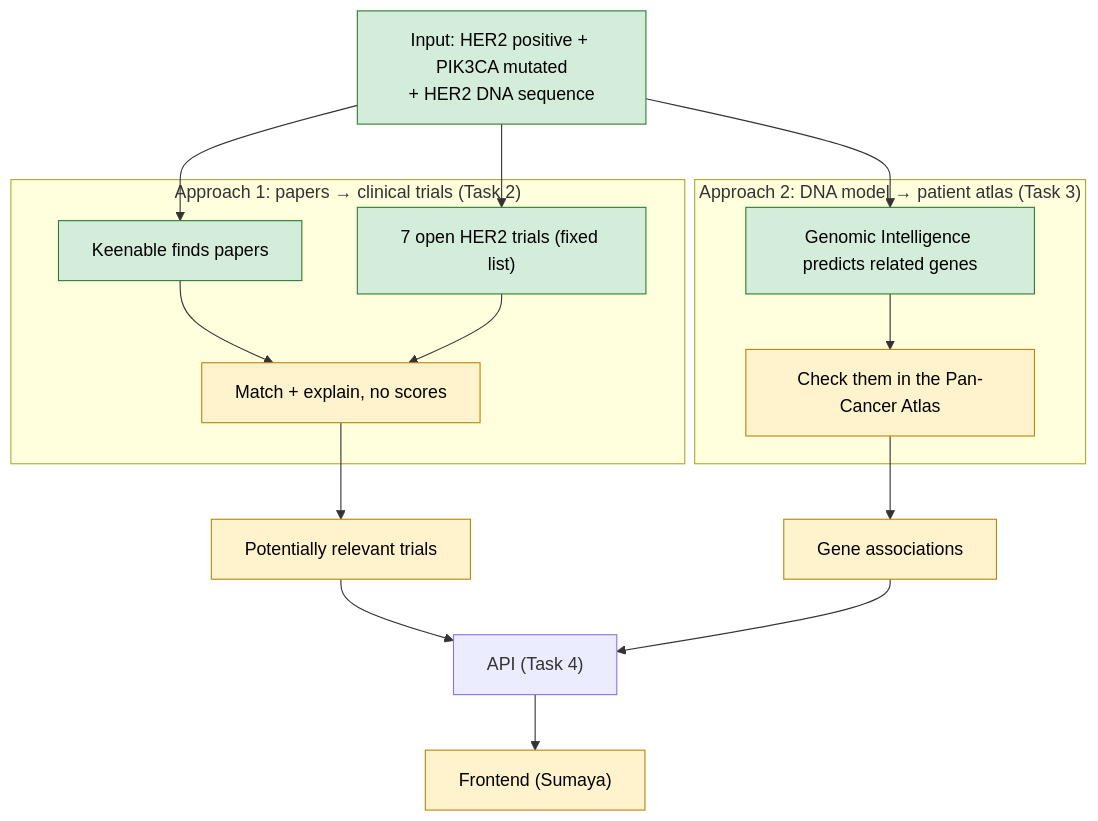
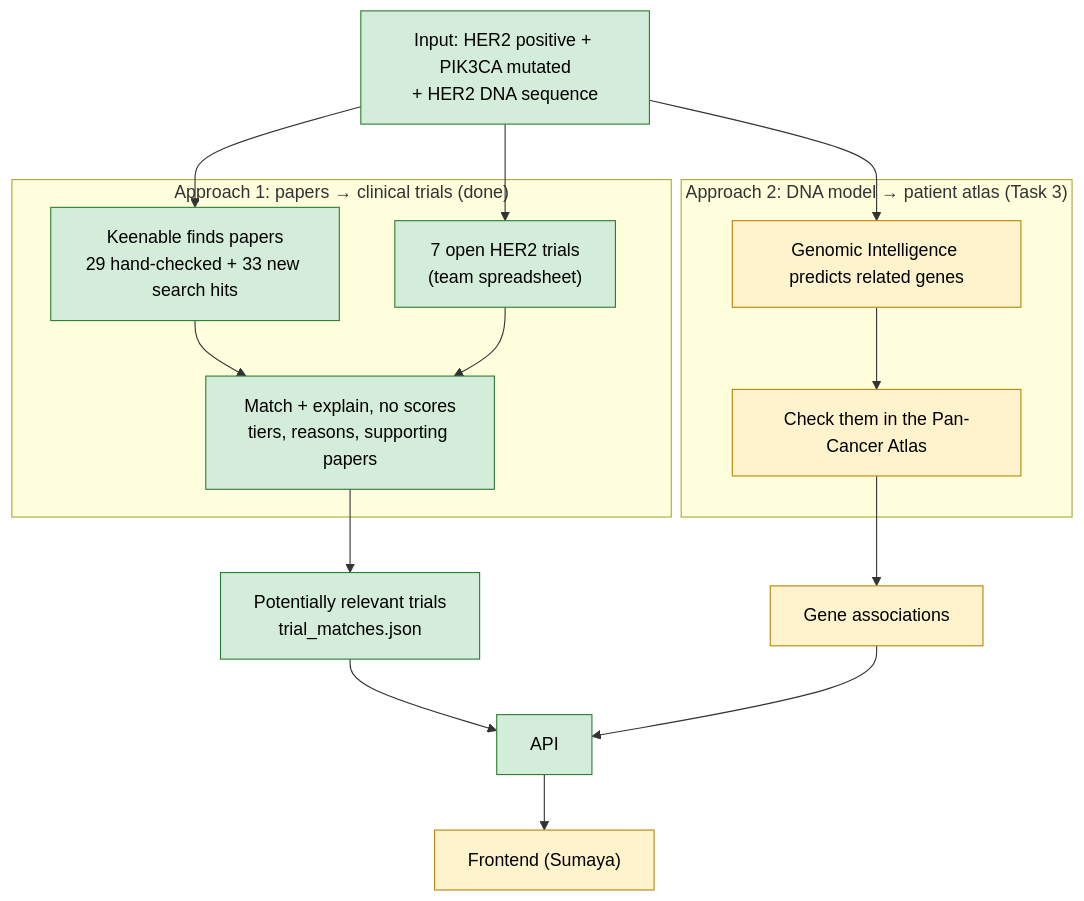
One commit to Contactashmeetsingh/B5-hackers changed the diagram in HUMAN.md. Above: the diagram before and after it, drawn with Mermaid. The commit also changed other lines of this file and 22 other files, not shown here.

````diff
--- a/HUMAN.md
+++ b/HUMAN.md
@@ -22,32 +22,32 @@
 ```mermaid
 flowchart TD
     IN["Input: HER2 positive + PIK3CA mutated<br/>+ HER2 DNA sequence"]
 
-    subgraph A1["Approach 1: papers → clinical trials (Task 2)"]
-        K["Keenable finds papers"]
-        T["7 open HER2 trials (fixed list)"]
-        M["Match + explain, no scores"]
+    subgraph A1["Approach 1: papers → clinical trials (done)"]
+        K["Keenable finds papers<br/>29 hand-checked + 33 new search hits"]
+        T["7 open HER2 trials<br/>(team spreadsheet)"]
+        M["Match + explain, no scores<br/>tiers, reasons, supporting papers"]
         K --> M
         T --> M
     end
 
     subgraph A2["Approach 2: DNA model → patient atlas (Task 3)"]
         G["Genomic Intelligence predicts related genes"]
         P["Check them in the Pan-Cancer Atlas"]
         G --> P
     end
 
     IN --> K
     IN --> T
     IN --> G
-    M --> O1["Potentially relevant trials"]
+    M --> O1["Potentially relevant trials<br/>trial_matches.json"]
     P --> O2["Gene associations"]
-    O1 --> API["API (Task 4)"]
+    O1 --> API["API"]
     O2 --> API
     API --> UI["Frontend (Sumaya)"]
 
     classDef done fill:#d4edda,stroke:#2e7d32,color:#000
     classDef todo fill:#fff3cd,stroke:#b8860b,color:#000
-    class IN,K,T,G done
-    class M,P,O1,O2,UI todo
+    class IN,K,T,M,O1,API done
+    class G,P,O2,UI todo
 ```
````
